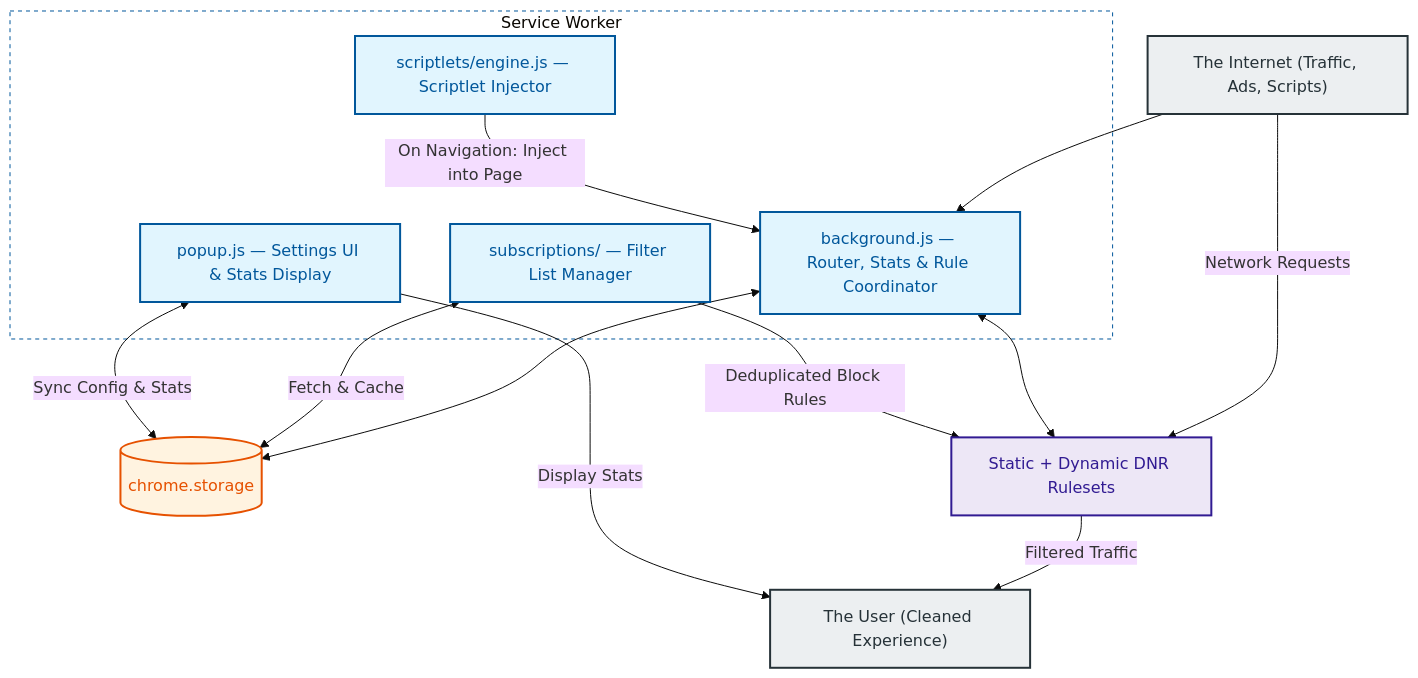
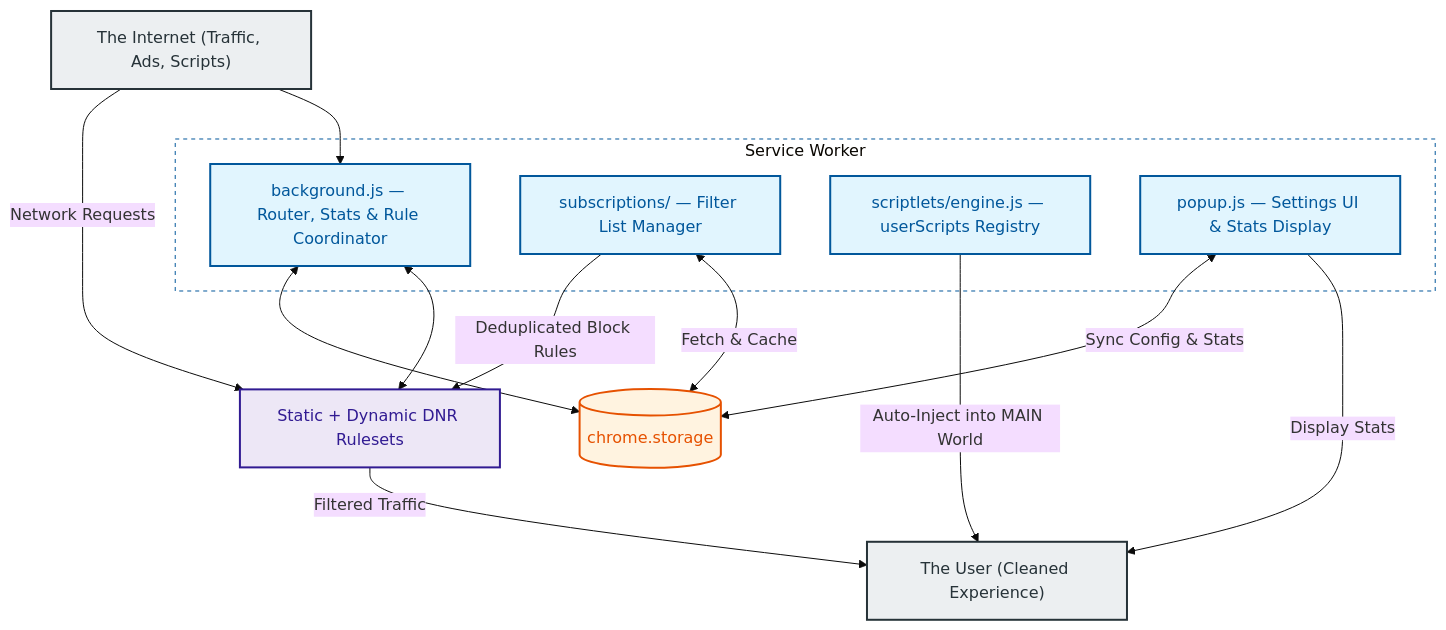
One commit to Dabrogost/Chroma-Ad-Blocker changed the second of 2 diagrams in README.md. Above: the diagram before and after it, drawn with Mermaid (base theme). The commit also changed other lines of this file and 6 other files, not shown here.

````diff
--- a/README.md
+++ b/README.md
@@ -77,36 +82,36 @@
 ```mermaid
 graph TD
     classDef sw      fill:#e1f5fe,color:#01579b,stroke:#01579b,stroke-width:2px
     classDef storage fill:#fff3e0,color:#e65100,stroke:#e65100,stroke-width:2px
     classDef dnr     fill:#ede7f6,color:#311b92,stroke:#311b92,stroke-width:2px
     classDef actor   fill:#eceff1,color:#263238,stroke:#263238,stroke-width:2px
 
     INTERNET["The Internet (Traffic, Ads, Scripts)"]:::actor
 
     subgraph SW["Service Worker"]
         BG["background.js — Router, Stats & Rule Coordinator"]:::sw
         SUBS["subscriptions/ — Filter List Manager"]:::sw
-        SCRPT["scriptlets/engine.js — Scriptlet Injector"]:::sw
+        SCRPT["scriptlets/engine.js — userScripts Registry"]:::sw
         POPUP["popup.js — Settings UI & Stats Display"]:::sw
     end
 
     STORAGE[("chrome.storage")]:::storage
     DNR["Static + Dynamic DNR Rulesets"]:::dnr
 
     USER["The User (Cleaned Experience)"]:::actor
 
     INTERNET -- "Network Requests" --> DNR
     INTERNET --> BG
 
     BG <--> STORAGE
     BG <--> DNR
     SUBS -->|"Deduplicated Block Rules"| DNR
     SUBS <-->|"Fetch & Cache"| STORAGE
-    SCRPT -->|"On Navigation: Inject into Page"| BG
+    SCRPT -->|"Auto-Inject into MAIN World"| USER
     POPUP <-->|"Sync Config & Stats"| STORAGE
 
     DNR -->|"Filtered Traffic"| USER
     POPUP -->|"Display Stats"| USER
 
     style SW fill:none,stroke:#01579b,stroke-width:1px,stroke-dasharray:4
 ```
````
